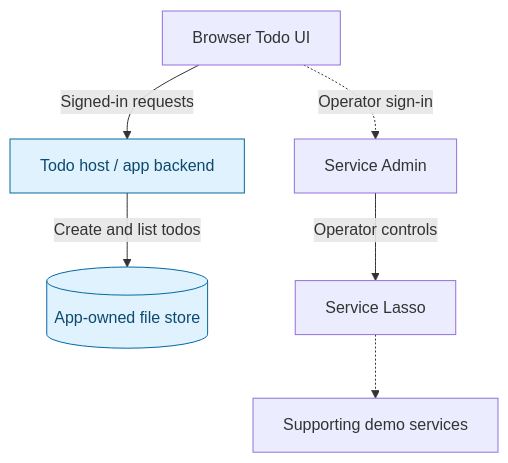
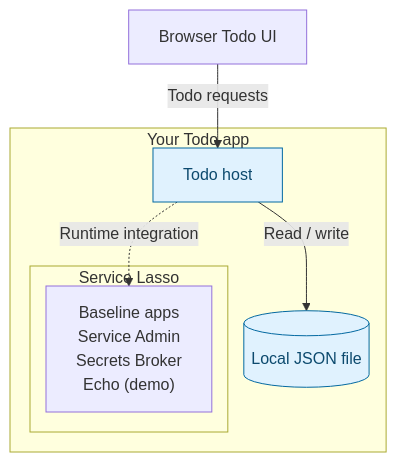
The diagram in docs/getting-started/beginner-todo-app.md (service-lasso/service-lasso), drawn with Mermaid before and after one commit. The commit also changed other lines of this file and 4 other files, not shown here.

Commit message:
docs(1656): show cumulative Service Lasso boundaries

````diff
--- a/docs/getting-started/beginner-todo-app.md
+++ b/docs/getting-started/beginner-todo-app.md
@@ -19,12 +18,19 @@
 ```mermaid
+%%{init: {"flowchart": {"nodeSpacing": 12, "rankSpacing": 40}}}%%
 flowchart TB
-  accTitle: Stage 1: Todo app with a file store
-  accDescr: Signed-in browser requests reach the Todo host and app-owned file store. Service Admin controls Lasso, which manages supporting demo services.
-  browser["Browser Todo UI"] -->|Signed-in requests| host["Todo host / app backend"]
-  host -->|Create and list todos| store[("App-owned file store")]
-  browser -. Operator sign-in .-> admin["Service Admin"]
-  admin -->|Operator controls| lasso["Service Lasso"]
-  lasso -.-> services["Supporting demo services"]
+  accTitle: Stage 1: Todo application and managed services
+  accDescr: The Todo application owns its host and storage. Service Lasso manages Service Admin, Secrets Broker and Echo, with PostgreSQL added in stage 2 and a Go Todo API added in stage 3. Local JSON and database files are storage, not services.
+  browser["Browser Todo UI"]
+  subgraph app["Your Todo app"]
+    host["Todo host"]
+    file[("Local JSON file")]
+    subgraph lasso["Service Lasso"]
+      baseline["Baseline apps<br/>Service Admin<br/>Secrets Broker<br/>Echo (demo)"]
+    end
+  end
+  browser -->|Todo requests| host
+  host -->|Read / write| file
+  host -. Runtime integration .-> baseline
   classDef added fill:#e0f2fe,stroke:#0369a1,color:#0c4a6e
-  class host,store added
+  class host,file added
 ```
````
